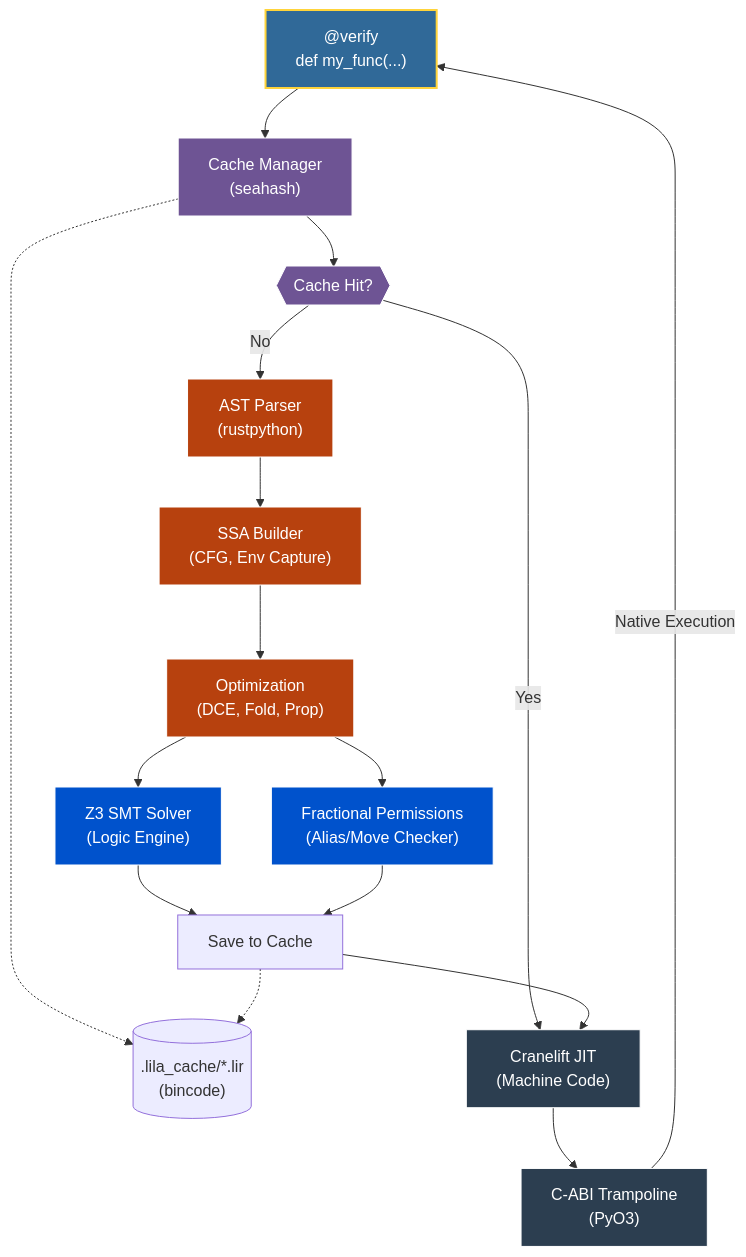
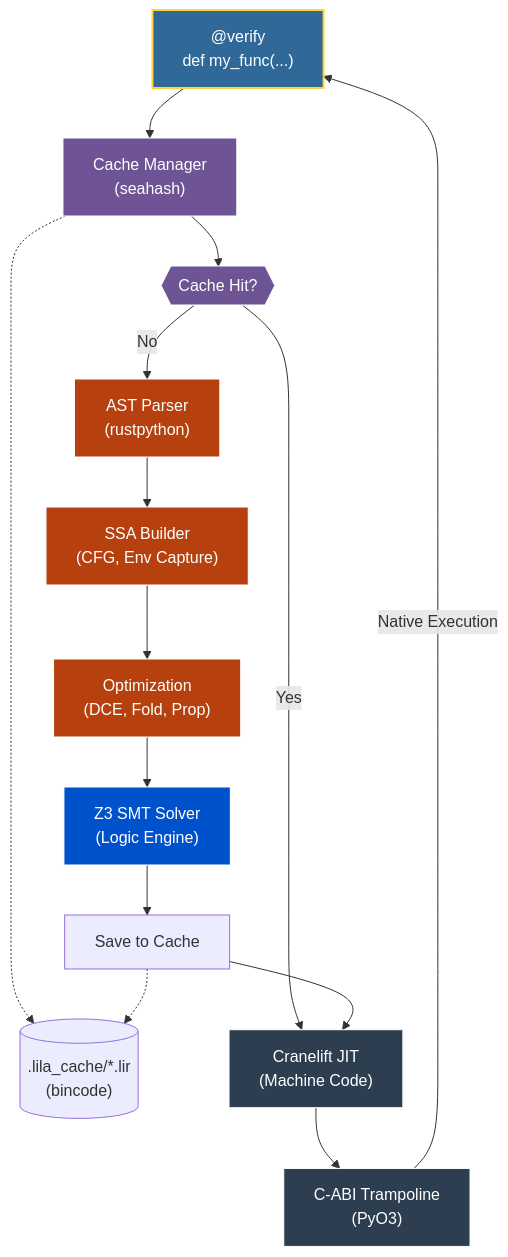
One commit to SSL-ACTX/Lirien changed the diagram in README.md. Above: the diagram before and after it, drawn with Mermaid. The commit also changed other lines of this file and 28 other files, not shown here.

````diff
--- a/README.md
+++ b/README.md
@@ -42,50 +41,47 @@
 ```mermaid
 graph TD
     %% Python Side
     PySource["@verify<br/>def my_func(...)"]:::python
     
     %% Bridge / Caching
     Hash["Cache Manager<br/>(seahash)"]:::bridge
     Cache{{"Cache Hit?"}}:::bridge
     Disk[(".lila_cache/*.lir<br/>(bincode)")];
     
     %% Frontend (AST -> IR)
     AST["AST Parser<br/>(rustpython)"]:::frontend
     Builder["SSA Builder<br/>(CFG, Env Capture)"]:::frontend
     Opt["Optimization<br/>(DCE, Fold, Prop)"]:::frontend
     
     %% Middle-end (Verification)
     Z3["Z3 SMT Solver<br/>(Logic Engine)"]:::verify
-    Perms["Fractional Permissions<br/>(Alias/Move Checker)"]:::verify
     
     %% Backend
     CL["Cranelift JIT<br/>(Machine Code)"]:::backend
     Trampoline["C-ABI Trampoline<br/>(PyO3)"]:::backend
 
     %% Flow
     PySource --> Hash
     Hash -.-> Disk
     Hash --> Cache
     
     Cache -- Yes --> CL
     Cache -- No --> AST
     
     AST --> Builder
     Builder --> Opt
     Opt --> Z3
-    Opt --> Perms
     
     Z3 --> CacheWrite["Save to Cache"]
-    Perms --> CacheWrite
     CacheWrite -.-> Disk
     CacheWrite --> CL
     
     CL --> Trampoline
     Trampoline -->|Native Execution| PySource
 
     classDef python fill:#306998,stroke:#FFD43B,stroke-width:2px,color:#fff;
     classDef bridge fill:#6e5494,stroke:#fff,stroke-width:1px,color:#fff;
     classDef frontend fill:#b7410e,stroke:#fff,stroke-width:1px,color:#fff;
     classDef verify fill:#0052cc,stroke:#fff,stroke-width:1px,color:#fff;
     classDef backend fill:#2c3e50,stroke:#fff,stroke-width:1px,color:#fff;
 ```
````
